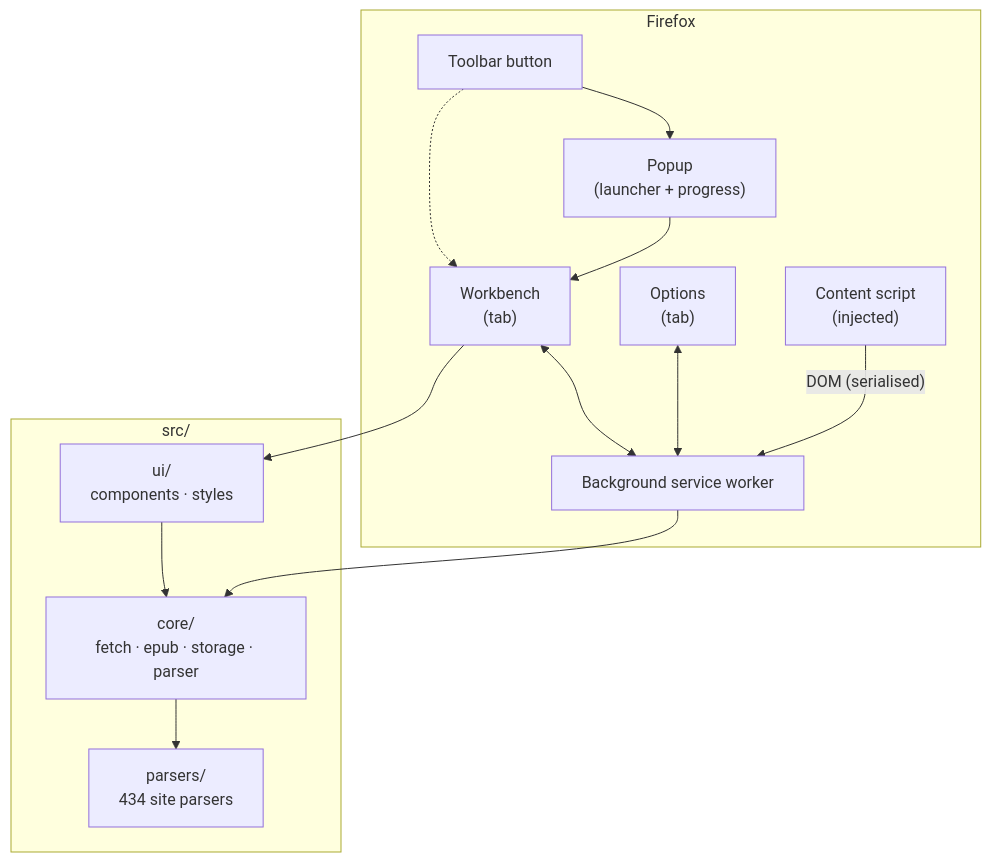
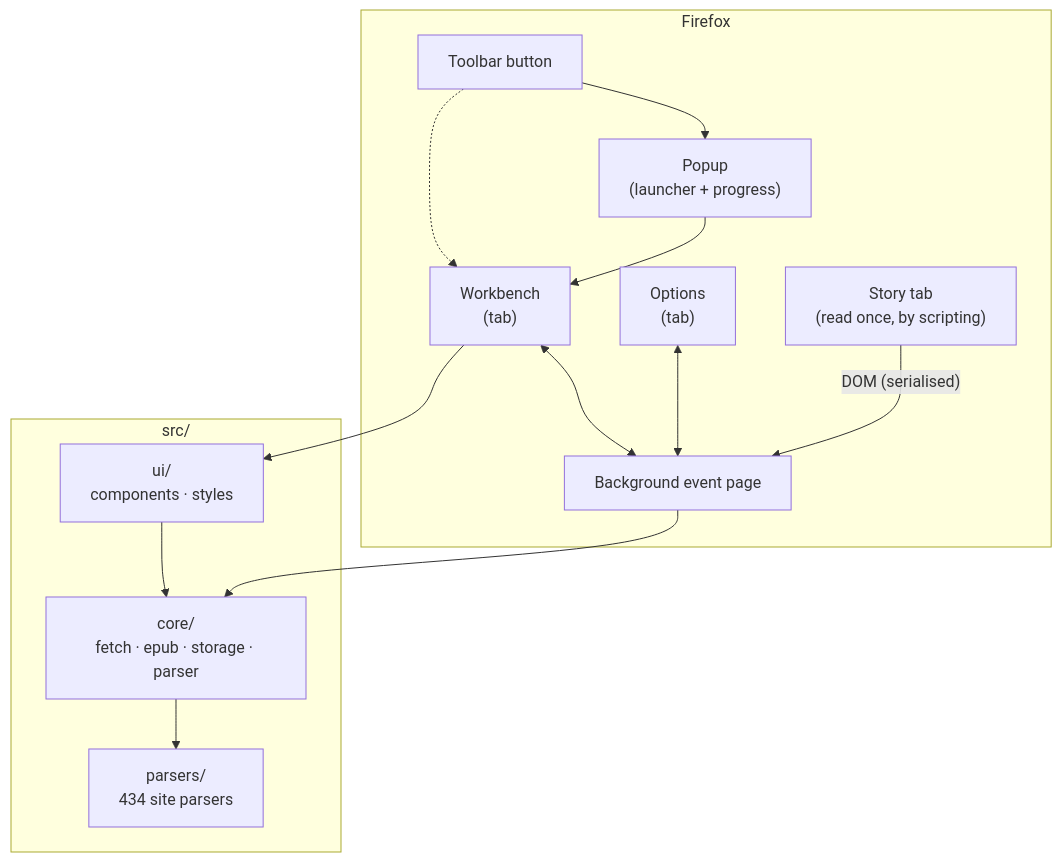
One commit to TheRebo/WebToEpub changed the first of 7 diagrams in docs/architecture/README.md. Above: the diagram before and after it, drawn with Mermaid. The commit also changed other lines of this file and 8 other files, not shown here.

````diff
--- a/docs/architecture/README.md
+++ b/docs/architecture/README.md
@@ -12,29 +12,29 @@
 ```mermaid
 graph TB
     subgraph browser["Firefox"]
         toolbar["Toolbar button"]
         popup["Popup<br/>(launcher + progress)"]
         workbench["Workbench<br/>(tab)"]
         options["Options<br/>(tab)"]
-        worker["Background service worker"]
-        content["Content script<br/>(injected)"]
+        worker["Background event page"]
+        content["Story tab<br/>(read once, by scripting)"]
     end
 
     toolbar --> popup
     toolbar -.-> workbench
     popup --> workbench
     content -- "DOM (serialised)" --> worker
     workbench <--> worker
     options <--> worker
 
     subgraph src["src/"]
         core["core/<br/>fetch · epub · storage · parser"]
         ui["ui/<br/>components · styles"]
         parsers["parsers/<br/>434 site parsers"]
     end
 
     worker --> core
     workbench --> ui
     ui --> core
     core --> parsers
 ```
````
